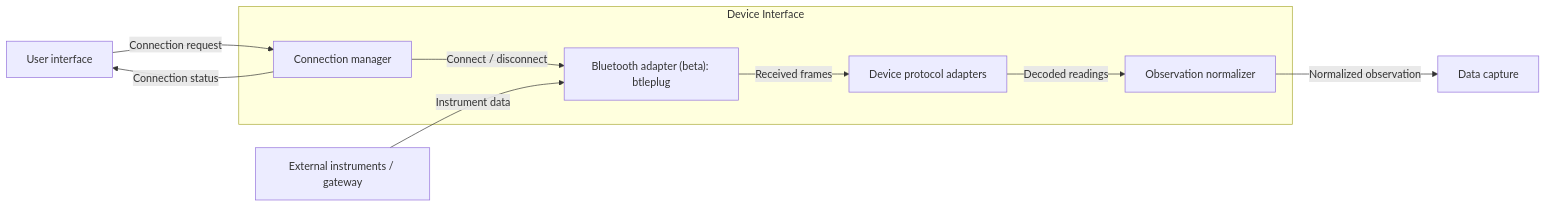
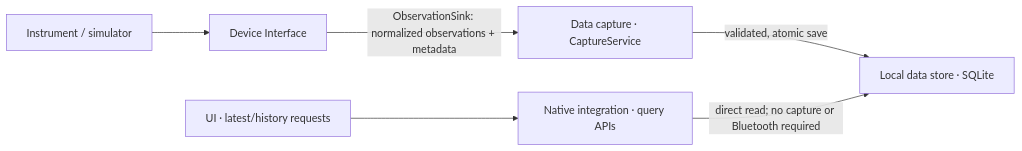
The third of 7 diagrams in architecture.md (amanlig/aiNavLog), drawn with Mermaid before and after one commit. The commit also changed other lines of this file and 117 other files, not shown here.

Commit message:
implemeneted historical chart

````diff
--- a/architecture.md
+++ b/architecture.md
@@ -413,18 +250,8 @@
 ```mermaid
 flowchart LR
-    Instruments["External instruments / gateway"]
-    UI["User interface"]
-    subgraph Interface["Device Interface"]
-        Connections["Connection manager"]
-        Transport["Bluetooth adapter (beta): btleplug"]
-        Protocol["Device protocol adapters"]
-        Normalizer["Observation normalizer"]
-        Connections -->|"Connect / disconnect"| Transport
-        Transport -->|"Received frames"| Protocol
-        Protocol -->|"Decoded readings"| Normalizer
-    end
-    UI -->|"Connection request"| Connections
-    Connections -->|"Connection status"| UI
-    Instruments -->|"Instrument data"| Transport
-    Normalizer -->|"Normalized observation"| Capture["Data capture"]
+    Instrument["Instrument / simulator"] --> DI["Device Interface"]
+    DI -->|"ObservationSink: normalized observations + metadata"| Capture["Data capture · CaptureService"]
+    Capture -->|"validated, atomic save"| Store["Local data store · SQLite"]
+    UI["UI · latest/history requests"] --> Native["Native integration · query APIs"]
+    Native -->|"direct read; no capture or Bluetooth required"| Store
 ```
````
